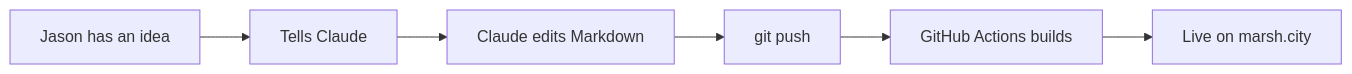
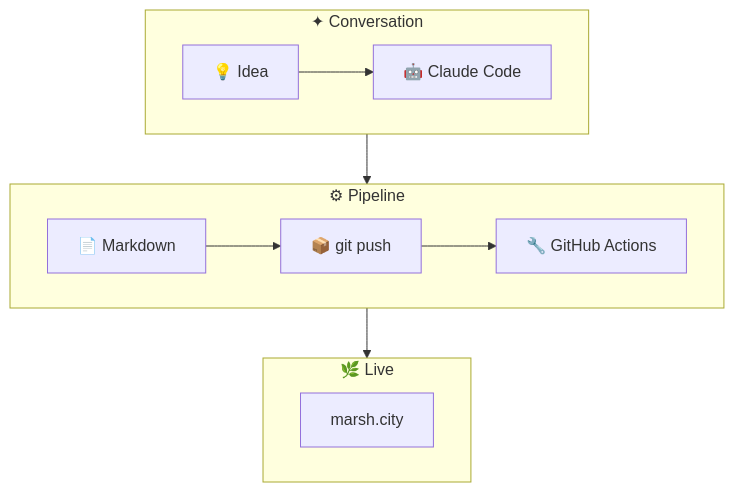
The diagram in src/content/projects/marsh-city.md (Minimalistic/marsh.city), drawn with Mermaid before and after one commit. The commit also changed other lines of this file, not shown here.

Commit message:
Upgrade marsh.city project diagram to layered subgraph
Three-tier layout: conversation, pipeline, deploy. Clearer visual
story of how content flows from idea to live site.

````diff
--- a/src/content/projects/marsh-city.md
+++ b/src/content/projects/marsh-city.md
@@ -16,8 +16,23 @@
 ```mermaid
-flowchart LR
-  A[Jason has an idea] --> B[Tells Claude]
-  B --> C[Claude edits Markdown]
-  C --> D[git push]
-  D --> E[GitHub Actions builds]
-  E --> F[Live on marsh.city]
+flowchart TD
+  subgraph conversation [" ✦ Conversation "]
+    direction LR
+    idea["💡 Idea"]
+    claude["🤖 Claude Code"]
+    idea --> claude
+  end
+
+  subgraph pipeline [" ⚙ Pipeline "]
+    direction LR
+    md["📄 Markdown"]
+    git["📦 git push"]
+    actions["🔧 GitHub Actions"]
+    md --> git --> actions
+  end
+
+  subgraph deploy [" 🌿 Live "]
+    site["marsh.city"]
+  end
+
+  conversation --> pipeline --> deploy
 ```
````
